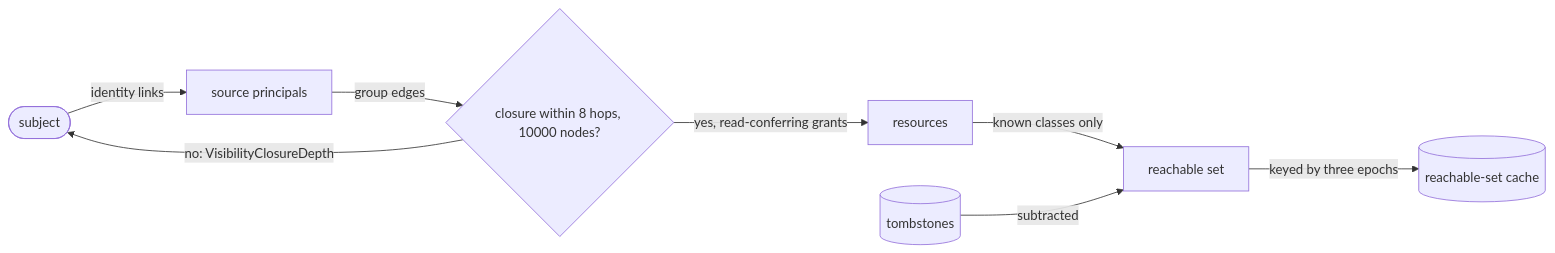
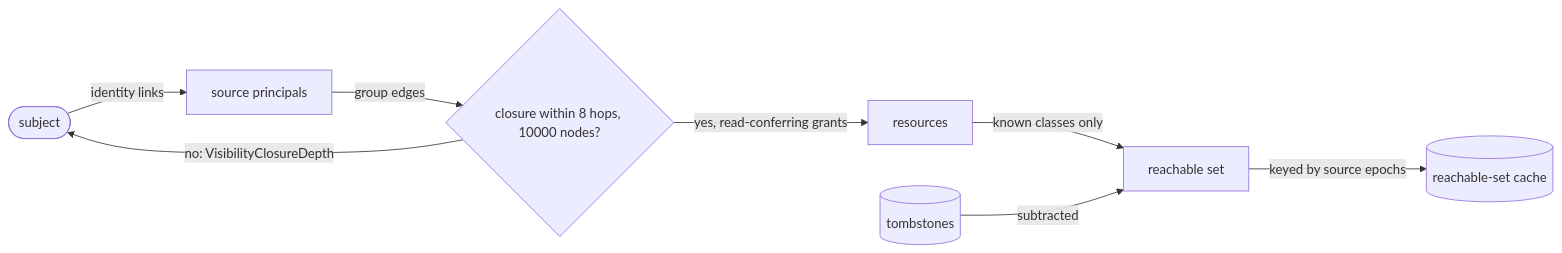
The second of 2 diagrams in spec/60-visibility.md (fractalboxdev/contextful), drawn with Mermaid before and after one commit. The commit also changed other lines of this file and 9 other files, not shown here.

````diff
--- a/spec/60-visibility.md
+++ b/spec/60-visibility.md
@@ -90,10 +108,10 @@
 ```mermaid
 flowchart LR
   S(["subject"]) -->|"identity links"| SP["source principals"]
   SP -->|"group edges"| DEPTH{"closure within 8 hops, 10000 nodes?"}
   DEPTH -->|"no: VisibilityClosureDepth"| S
   DEPTH -->|"yes, read-conferring grants"| RES["resources"]
   RES -->|"known classes only"| RSET["reachable set"]
   TOMB[("tombstones")] -->|"subtracted"| RSET
-  RSET -->|"keyed by three epochs"| CACHE[("reachable-set cache")]
+  RSET -->|"keyed by source epochs"| CACHE[("reachable-set cache")]
 ```
````
